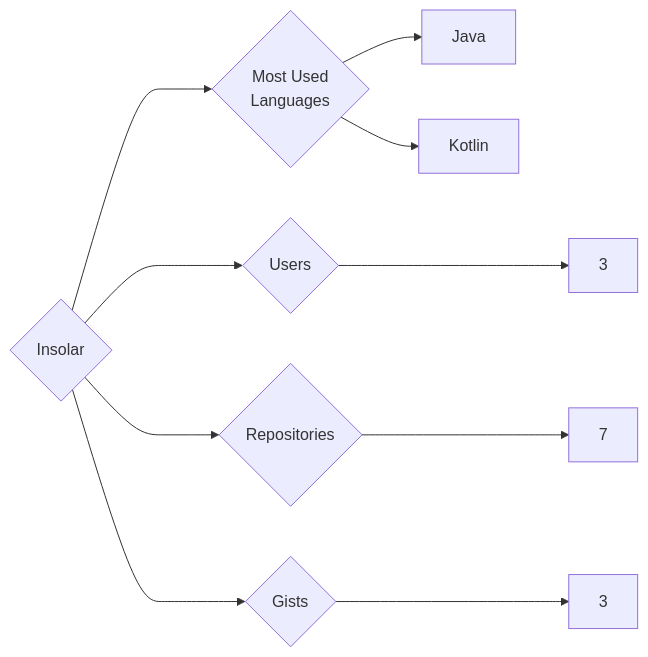
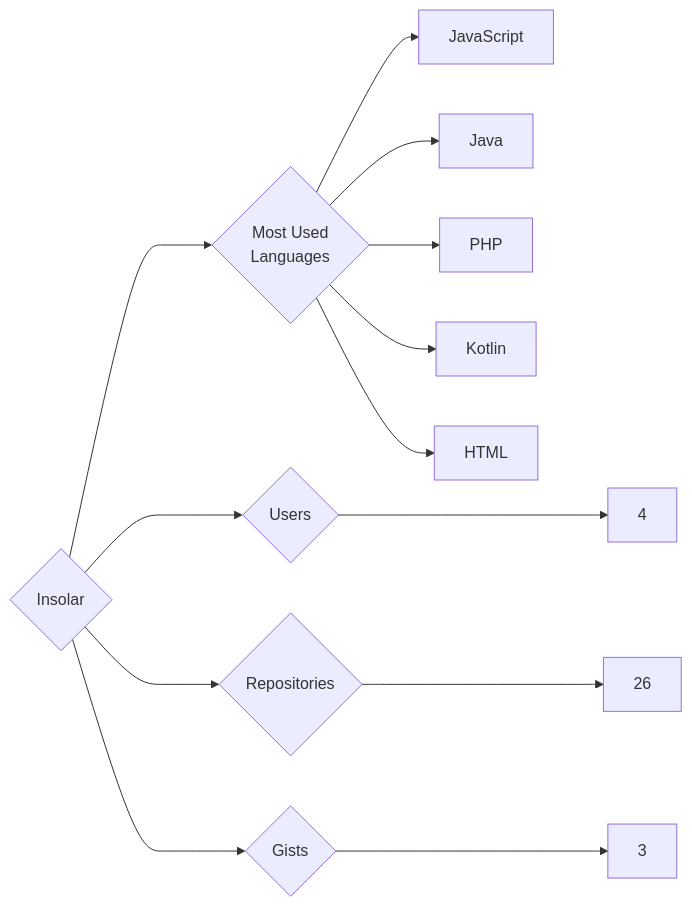
Before and after one commit to trickest/insiders: the diagram in targets/Insolar/README.md, drawn with Mermaid. The commit also changed 1003 other files, not shown here.

````diff
--- a/targets/Insolar/README.md
+++ b/targets/Insolar/README.md
@@ -3,10 +3,13 @@
 ```mermaid
 graph LR
 COMPANY_NAME{Insolar}
-COMPANY_NAME ---> U{Users} ---> UN[3]
-COMPANY_NAME ---> R{Repositories} ---> RN[7]
+COMPANY_NAME ---> U{Users} ---> UN[4]
+COMPANY_NAME ---> R{Repositories} ---> RN[26]
 COMPANY_NAME ---> G{Gists} ---> GN[3]
 COMPANY_NAME ---> ML{Most Used<br>Languages}
+ML --> JavaScript[JavaScript]
 ML --> Java[Java]
+ML --> PHP[PHP]
 ML --> Kotlin[Kotlin]
+ML --> HTML[HTML]
 ```
````
